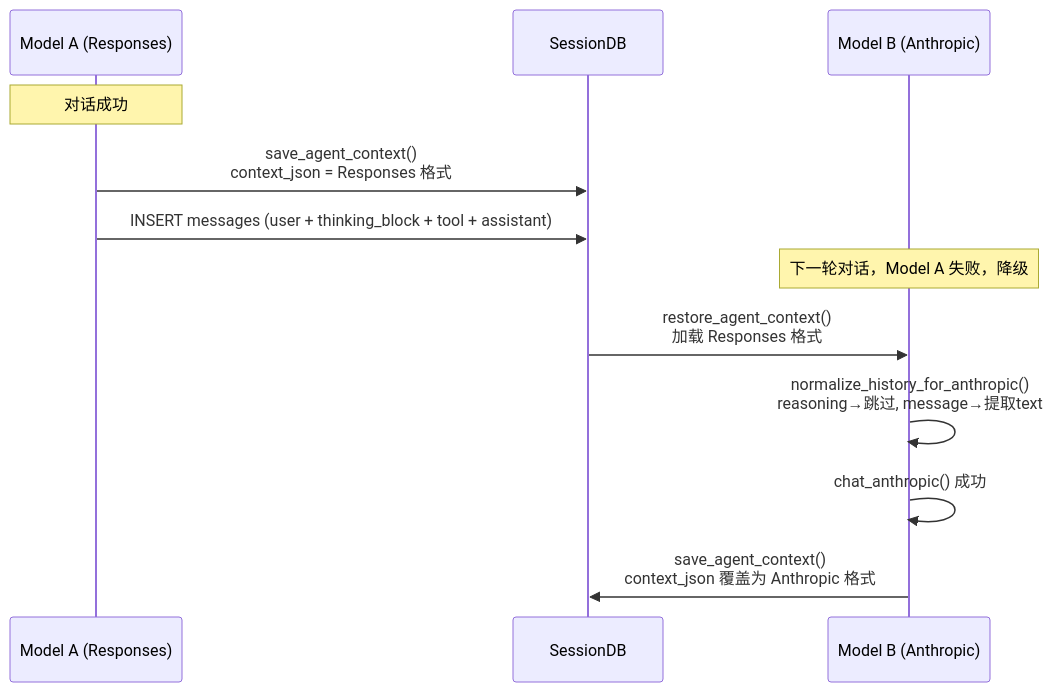
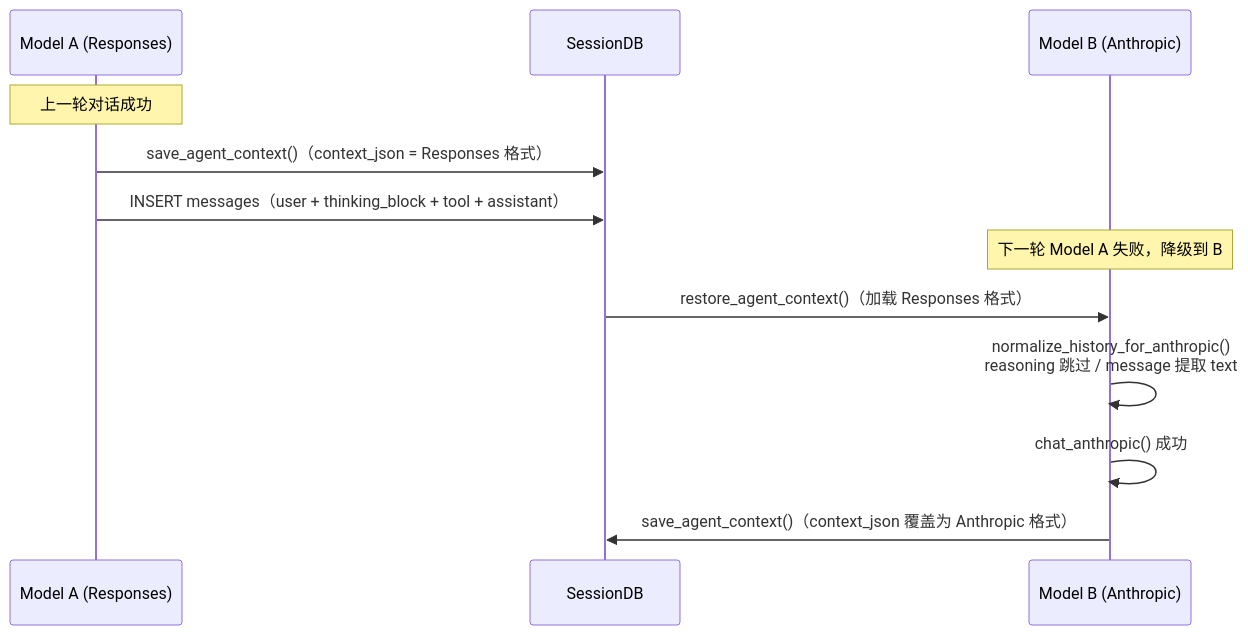
One commit to shiwenwen/hope-agent changed diagram 15 of 16 in docs/architecture/provider-system.md. Above: the diagram before and after it, drawn with Mermaid. The commit also changed other lines of this file and 2 other files, not shown here.

````diff
--- a/docs/architecture/provider-system.md
+++ b/docs/architecture/provider-system.md
@@ -842,16 +741,16 @@
 ```mermaid
 sequenceDiagram
   participant A as Model A (Responses)
   participant DB as SessionDB
   participant B as Model B (Anthropic)
 
-  Note over A: 对话成功
-  A->>DB: save_agent_context()<br/>context_json = Responses 格式
-  A->>DB: INSERT messages (user + thinking_block + tool + assistant)
+  Note over A: 上一轮对话成功
+  A->>DB: save_agent_context()（context_json = Responses 格式）
+  A->>DB: INSERT messages（user + thinking_block + tool + assistant）
 
-  Note over B: 下一轮对话，Model A 失败，降级
-  DB->>B: restore_agent_context()<br/>加载 Responses 格式
-  B->>B: normalize_history_for_anthropic()<br/>reasoning→跳过, message→提取text
+  Note over B: 下一轮 Model A 失败，降级到 B
+  DB->>B: restore_agent_context()（加载 Responses 格式）
+  B->>B: normalize_history_for_anthropic()<br/>reasoning 跳过 / message 提取 text
   B->>B: chat_anthropic() 成功
-  B->>DB: save_agent_context()<br/>context_json 覆盖为 Anthropic 格式
+  B->>DB: save_agent_context()（context_json 覆盖为 Anthropic 格式）
 ```
````
